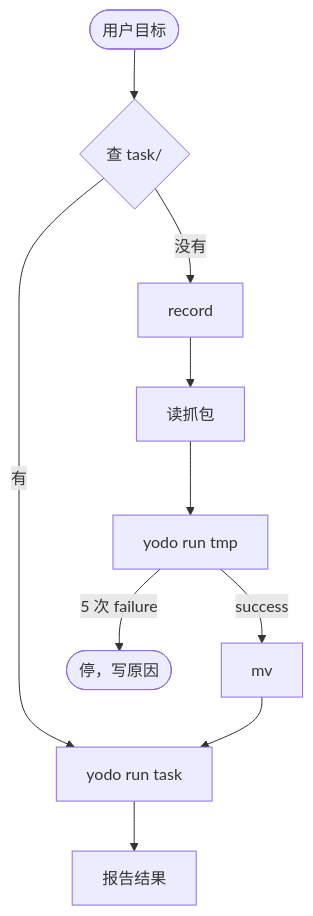
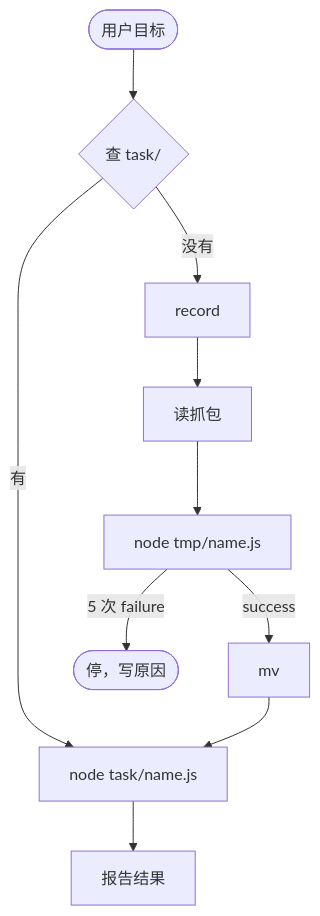
The diagram in README.md (yanggggjie/yodo), drawn with Mermaid before and after one commit. The commit also changed other lines of this file and 26 other files, not shown here.

First line of the commit message:
重构:用 SDK + bin 脚本替代 yodo.js CLI，task 改为 client 侧自执行。

````diff
--- a/README.md
+++ b/README.md
@@ -7,11 +7,11 @@
 ```mermaid
 flowchart TD
     Goal([用户目标]) --> Find{查 task/}
-    Find -->|有| RunTask[yodo run task]
+    Find -->|有| RunTask[node task/name.js]
     Find -->|没有| Record[record]
     Record --> Read[读抓包]
-    Read --> RunTmp[yodo run tmp]
+    Read --> RunTmp[node tmp/name.js]
     RunTmp -->|success| Mv[mv] --> RunTask
     RunTmp -->|5 次 failure| Stop([停，写原因])
     RunTask --> Report[报告结果]
 ```
````
